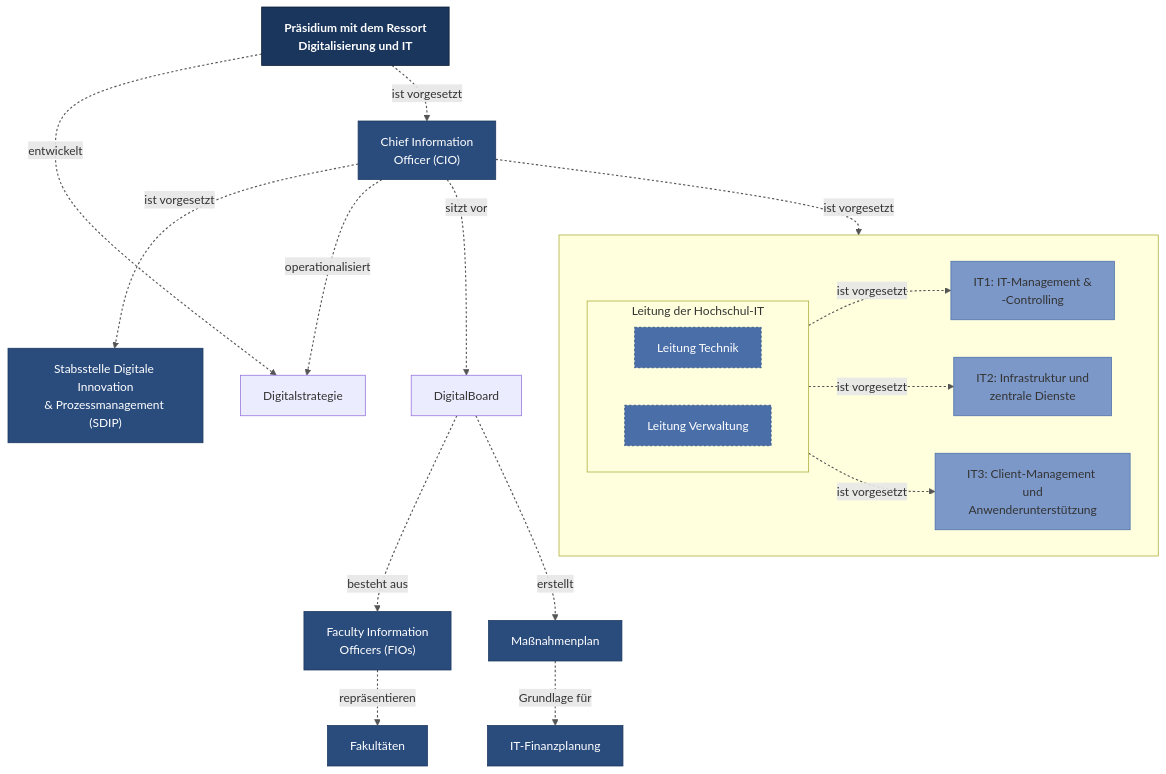
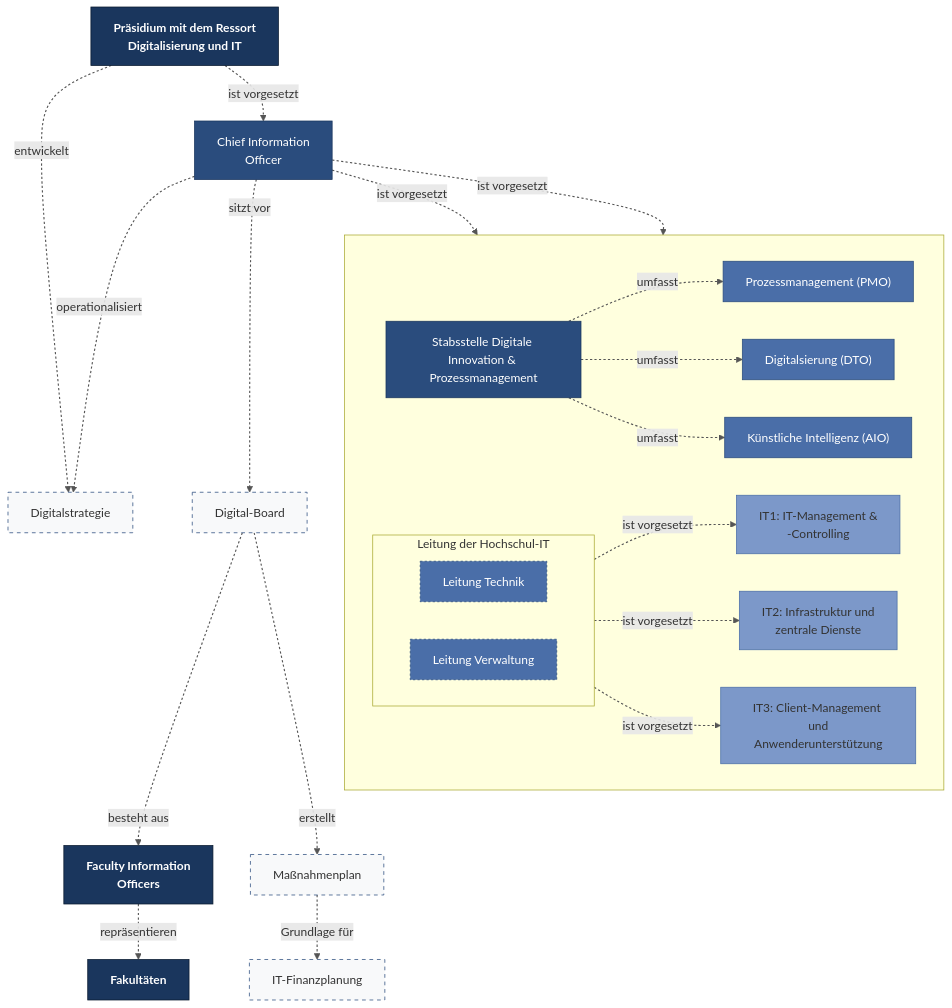
The diagram in 20-organisation.mmd (Hochschule-Hannover/digital-strategie), drawn with Mermaid before and after one commit. The commit also changed 4 other files, not shown here.

Commit message:
refactor: organizational diagramm

```diff
--- a/20-organisation.mmd
+++ b/20-organisation.mmd
@@ -1,88 +1,106 @@
 %%{init: {
   "theme": "dark", 
   "themeVariables": {
     "fontFamily": "'FF Unit Pro', cursive, sans-serif", 
     "fontSize": "20px",
     "primaryColor": "#fafafa",
     "primaryBorderColor": "#333333",
     "background": "#fffdf8",
     "mainBkg": "#fffdf8",
     "lineColor": "#555555",
     "textColor": "#666666"
   }, 
   "flowchart": {
     "diagramPadding": 32, 
     "nodeSpacing": 50, 
     "rankSpacing": 70, 
     "curve": "basis"
   }
 }}%%
 %%{ init: { 'flowchart': { 'curve': 'basis', "defaultRenderer": "dagre" } } }%%
 flowchart TB
     %% Stile für den Handgezeichnet-Look
     linkStyle default stroke:#555555,stroke-width:1.5px,stroke-dasharray: 3 3
     
     %% Präsidium direkt über CIO
     PraesidiumIT["Präsidium mit dem Ressort<br/>Digitalisierung und IT"]:::ebene1
 
-    %% SDIP (Stabsstelle) - zuerst definiert
-    SDIP["Stabsstelle Digitale Innovation<br/>& Prozessmanagement (SDIP)"]:::ebene2
+    %% SDIP (Stabsstelle) - zuerst definiert außerhalb
     
     %% CIO - nach SDIP definiert
-    CIO["Chief Information<br/>Officer (CIO)"]:::ebene2
+    CIO["Chief Information<br/>Officer"]:::ebene2
+    
+    %% Missing definitions
+    Digitalstrategie["Digitalstrategie"]:::ebene2_stab
+    DigitalBoard["Digital-Board"]:::ebene2_stab
     
     %% Digitalstrategie wird vom Präsidium entwickelt
     PraesidiumIT --> |"entwickelt"| Digitalstrategie
 
         %% Ebene 4 - Ausführende Ebene
-        FIOs["Faculty Information<br/>Officers (FIOs)"]:::ebene2
-        Massnahmenplan["Maßnahmenplan"]:::ebene2
-        Finanzplanung["IT-Finanzplanung"]:::ebene2
+        FIOs["Faculty Information<br/>Officers"]:::ebene1
+        Massnahmenplan["Maßnahmenplan"]:::ebene2_stab
+        Finanzplanung["IT-Finanzplanung"]:::ebene2_stab
 
         %% Verbindungen zu den spezifischen IT-Organisationseinheiten
         DigitalBoard --> |"besteht aus"| FIOs
         DigitalBoard --> |"erstellt"| Massnahmenplan
         FIOs --> |"repräsentieren"| Fakultaeten
         Massnahmenplan --> |"Grundlage für"| Finanzplanung
 
-    Fakultaeten["Fakultäten"]:::ebene2
+    Fakultaeten["Fakultäten"]:::ebene1
 
     %% Hierarchische Beziehungen
     %% CIO ist der SDIP vorgesetzt
     CIO --> |"ist vorgesetzt"| SDIP
     
     PraesidiumIT --> |"ist vorgesetzt"| CIO
     
     CIO --> |"operationalisiert"| Digitalstrategie
     CIO --> |"sitzt vor"| DigitalBoard
     CIO --> |"ist vorgesetzt"| Dezernatsleitung  
 
     %% HochschulIT-Subgraph (nur für Dezernatsleitung und IT-Bereiche)
     subgraph HochschulIT[" "]
         direction LR
+        
+        %% SDIP als einzelner Knoten
+        SDIP["Stabsstelle Digitale Innovation & Prozessmanagement"]:::ebene2
+        
+        %% SDIP Untereinheiten außerhalb
+        PMO["Prozessmanagement (PMO)"]:::ebene3
+        DTO["Digitalsierung (DTO)"]:::ebene3
+        AIO["Künstliche Intelligenz (AIO)"]:::ebene3
+        
         subgraph Dezernatsleitung["Leitung der Hochschul-IT"]
             direction LR
             Tech["Leitung Technik"]:::ebene3
             Org["Leitung Verwaltung"]:::ebene3
         end
 
         IT1["IT1: IT-Management &<br/>-Controlling"]:::ebene4
         IT2["IT2: Infrastruktur und<br/>zentrale Dienste"]:::ebene4
         IT3["IT3: Client-Management und<br/>Anwenderunterstützung"]:::ebene4
 
+        %% SDIP Verbindungen
+        SDIP --> |"umfasst"| PMO
+        SDIP --> |"umfasst"| DTO
+        SDIP --> |"umfasst"| AIO
+
         Dezernatsleitung --> |"ist vorgesetzt"|IT1
         Dezernatsleitung --> |"ist vorgesetzt"|IT2
         Dezernatsleitung --> |"ist vorgesetzt"|IT3
     end
 
     
     %% Professionelle Farbdefinitionen für die hierarchischen Ebenen
     classDef ebene1 fill:#1A365D,stroke:#0A1A2F,stroke-width:1px,color:#FFFFFF,font-weight:bold
     classDef ebene2 fill:#2A4C7D,stroke:#1A365D,stroke-width:1px,color:#FFFFFF
+    classDef ebene2_alt fill:#8B5A3C,stroke:#5D3A26,stroke-width:1px,color:#FFFFFF
     classDef ebene2_stab fill:#F8F9FA,stroke:#2A4C7D,stroke-width:1px,stroke-dasharray:5 5,color:#333333
     classDef ebene3 fill:#4A6EA8,stroke:#2A4C7D,stroke-width:1px,color:#FFFFFF
     classDef ebene4 fill:#7C98C9,stroke:#4A6EA8,stroke-width:1px,color:#333333
     classDef ebene5 fill:#A8BCDF,stroke:#7C98C9,stroke-width:1px,color:#333333
 
     style Org stroke-dasharray:3 3
     style Tech stroke-dasharray:3 3
```
